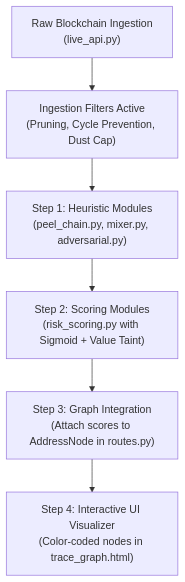
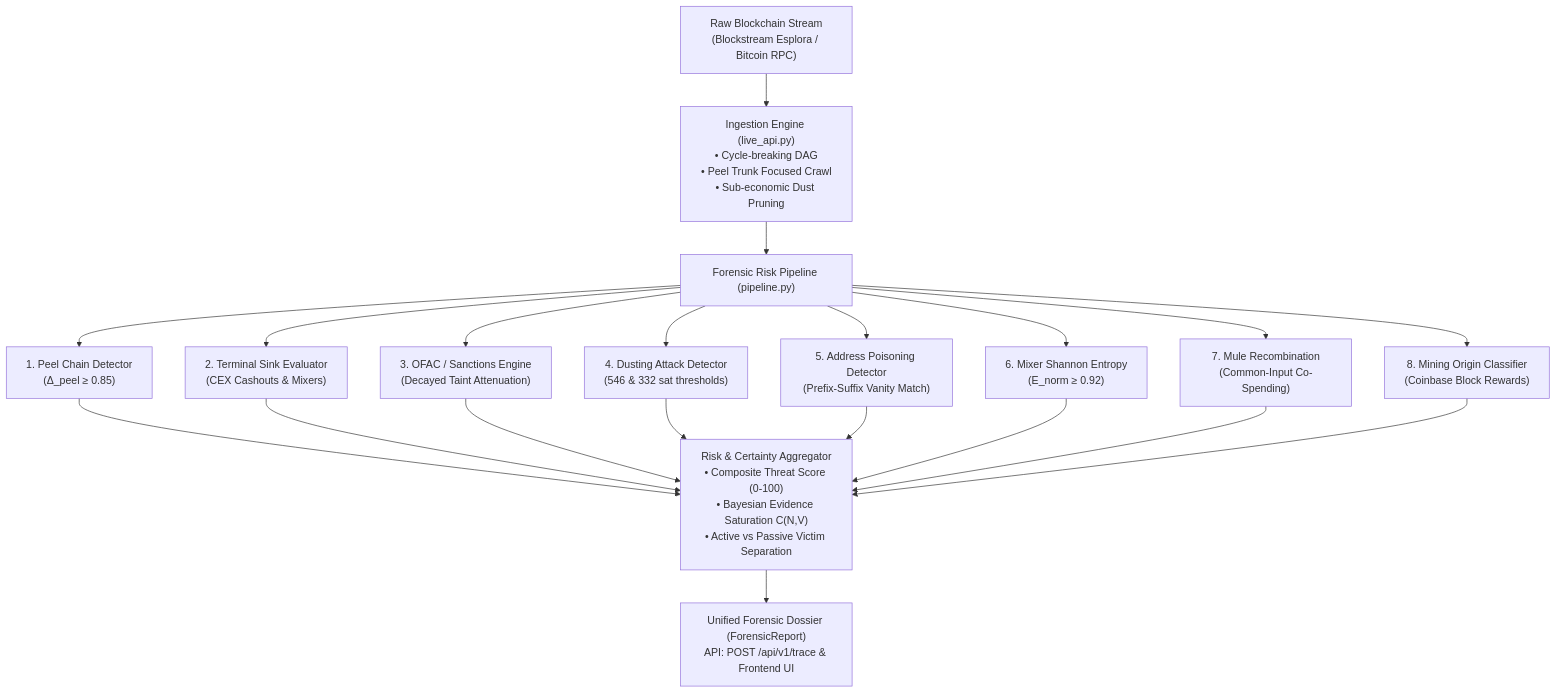
The diagram in docs/forensic_problems_and_solutions.md (NabPrime03/ChainSentry), drawn with Mermaid before and after one commit. The commit also changed other lines of this file and 8 other files, not shown here.

Commit message:
configured final pipeline to check for threats in a blockchain transictions

````diff
--- a/docs/forensic_problems_and_solutions.md
+++ b/docs/forensic_problems_and_solutions.md
@@ -40,8 +39,15 @@
 ```mermaid
 flowchart TD
-    A["Raw Blockchain Ingestion<br/>(live_api.py)"] --> B["Ingestion Filters Active<br/>(Pruning, Cycle Prevention, Dust Cap)"]
-    B --> C["Step 1: Heuristic Modules<br/>(peel_chain.py, mixer.py, adversarial.py)"]
-    C --> D["Step 2: Scoring Modules<br/>(risk_scoring.py with Sigmoid + Value Taint)"]
-    D --> E["Step 3: Graph Integration<br/>(Attach scores to AddressNode in routes.py)"]
-    E --> F["Step 4: Interactive UI Visualizer<br/>(Color-coded nodes in trace_graph.html)"]
+    A["Raw Blockchain Stream<br/>(Blockstream Esplora / Bitcoin RPC)"] --> B["Ingestion Engine (live_api.py)<br/>• Cycle-breaking DAG<br/>• Peel Trunk Focused Crawl<br/>• Sub-economic Dust Pruning"]
+    B --> C["Forensic Risk Pipeline (pipeline.py)"]
+    C --> D1["1. Peel Chain Detector<br/>(Δ_peel ≥ 0.85)"]
+    C --> D2["2. Terminal Sink Evaluator<br/>(CEX Cashouts & Mixers)"]
+    C --> D3["3. OFAC / Sanctions Engine<br/>(Decayed Taint Attenuation)"]
+    C --> D4["4. Dusting Attack Detector<br/>(546 & 332 sat thresholds)"]
+    C --> D5["5. Address Poisoning Detector<br/>(Prefix-Suffix Vanity Match)"]
+    C --> D6["6. Mixer Shannon Entropy<br/>(E_norm ≥ 0.92)"]
+    C --> D7["7. Mule Recombination<br/>(Common-Input Co-Spending)"]
+    C --> D8["8. Mining Origin Classifier<br/>(Coinbase Block Rewards)"]
+    D1 & D2 & D3 & D4 & D5 & D6 & D7 & D8 --> E["Risk & Certainty Aggregator<br/>• Composite Threat Score (0-100)<br/>• Bayesian Evidence Saturation C(N,V)<br/>• Active vs Passive Victim Separation"]
+    E --> F["Unified Forensic Dossier (ForensicReport)<br/>API: POST /api/v1/trace & Frontend UI"]
 ```
````
